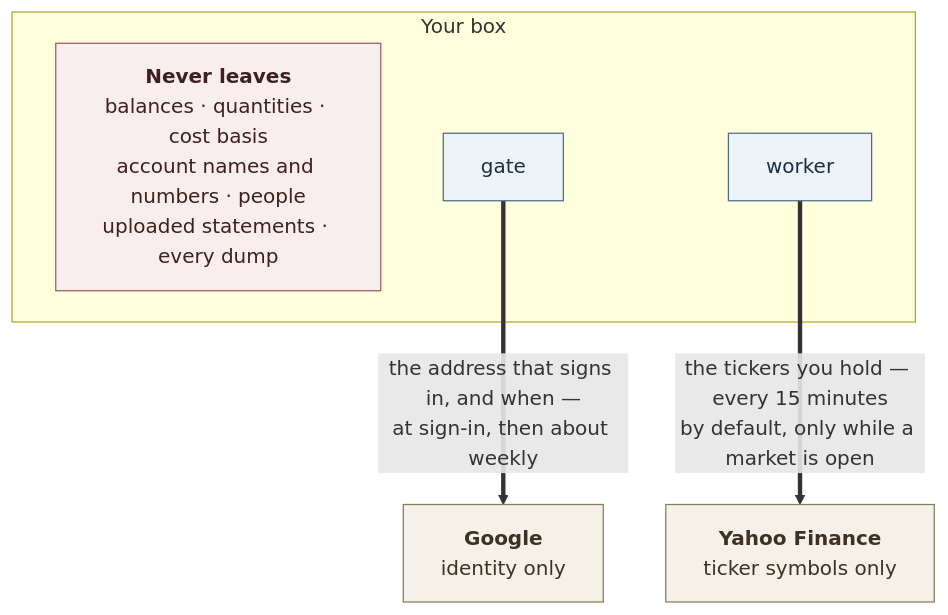
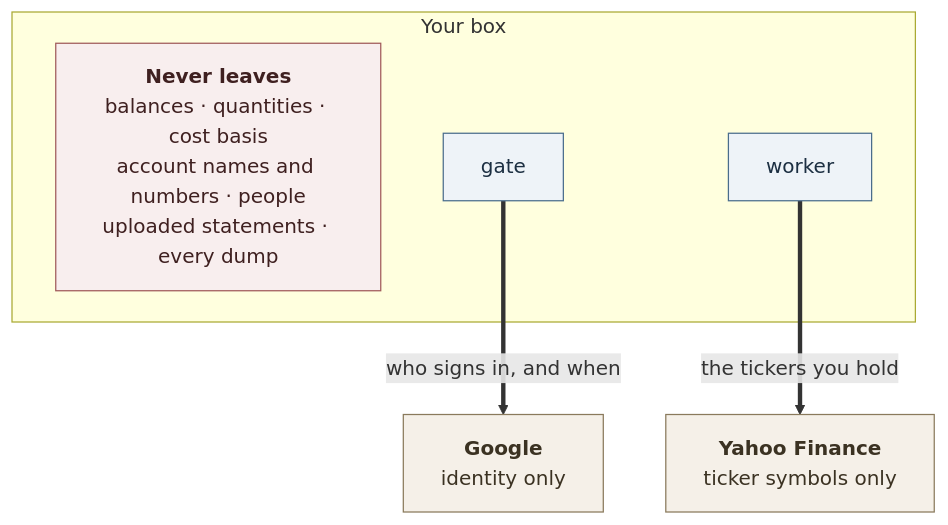
Before and after one commit to chethan123/portfolio: the first of 4 diagrams in docs/security.md, drawn with Mermaid. The commit also changed other lines of this file, not shown here.

First line of the commit message:
Cut fifty lines of restatement, and make the stack diagram readable on a phone

````diff
--- a/docs/security.md
+++ b/docs/security.md
@@ -28,21 +24,21 @@
 ```mermaid
 graph TB
     subgraph box["Your box"]
         never["<b>Never leaves</b><br/>balances · quantities · cost basis<br/>account names and numbers · people<br/>uploaded statements · every dump"]
         gate["gate"]
         worker["worker"]
     end
 
     google["<b>Google</b><br/>identity only"]
     yahoo["<b>Yahoo Finance</b><br/>ticker symbols only"]
 
-    gate ==>|"the address that signs in, and when —<br/>at sign-in, then about weekly"| google
-    worker ==>|"the tickers you hold — every 15 minutes<br/>by default, only while a market is open"| yahoo
+    gate ==>|"who signs in, and when"| google
+    worker ==>|"the tickers you hold"| yahoo
 
     classDef keep fill:#f8eeee,stroke:#a05a5a,color:#3f2020
     classDef svc fill:#eef3f8,stroke:#4a6d8c,color:#1c2f42
     classDef ext fill:#f5f0e8,stroke:#8a7a5c,color:#3b3222
     class never keep
     class gate,worker svc
     class google,yahoo ext
 ```
````
